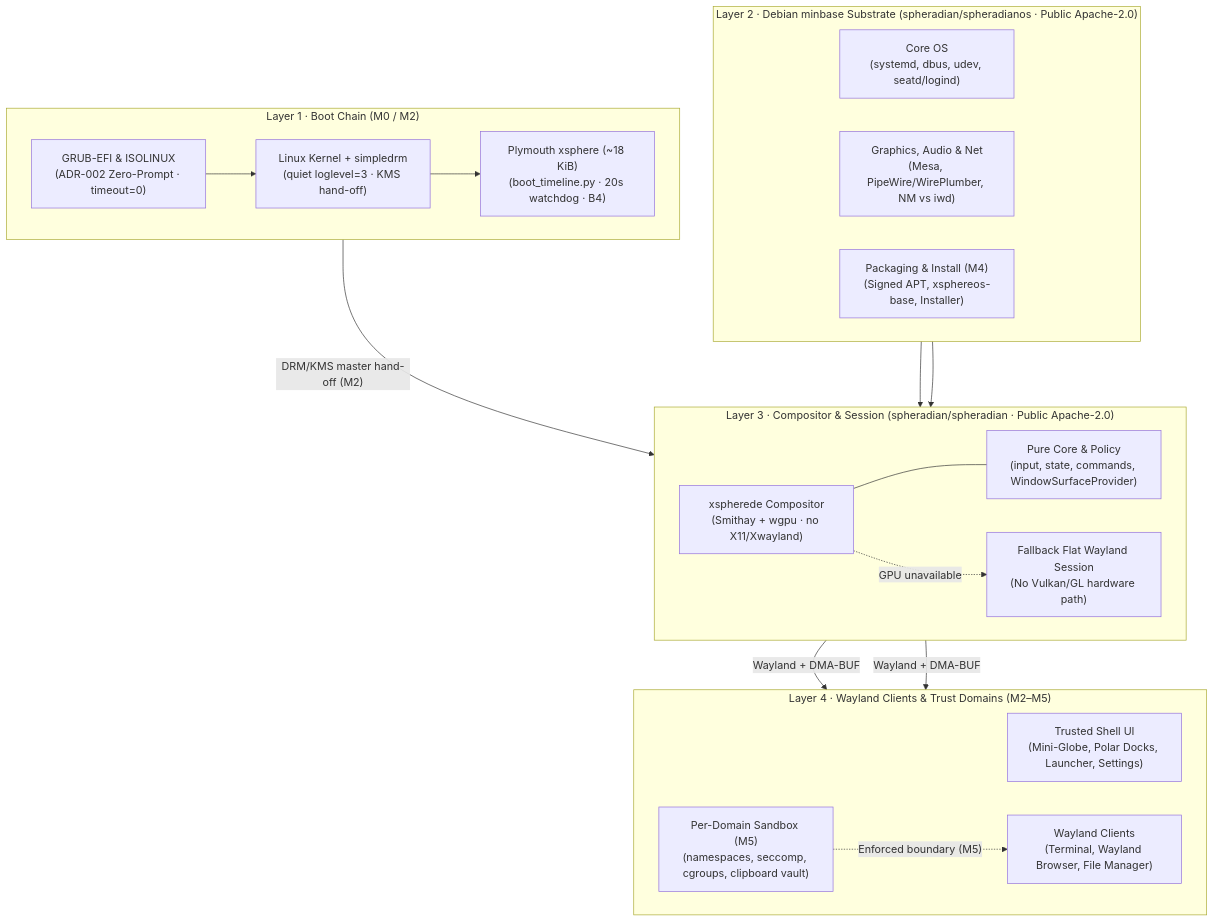
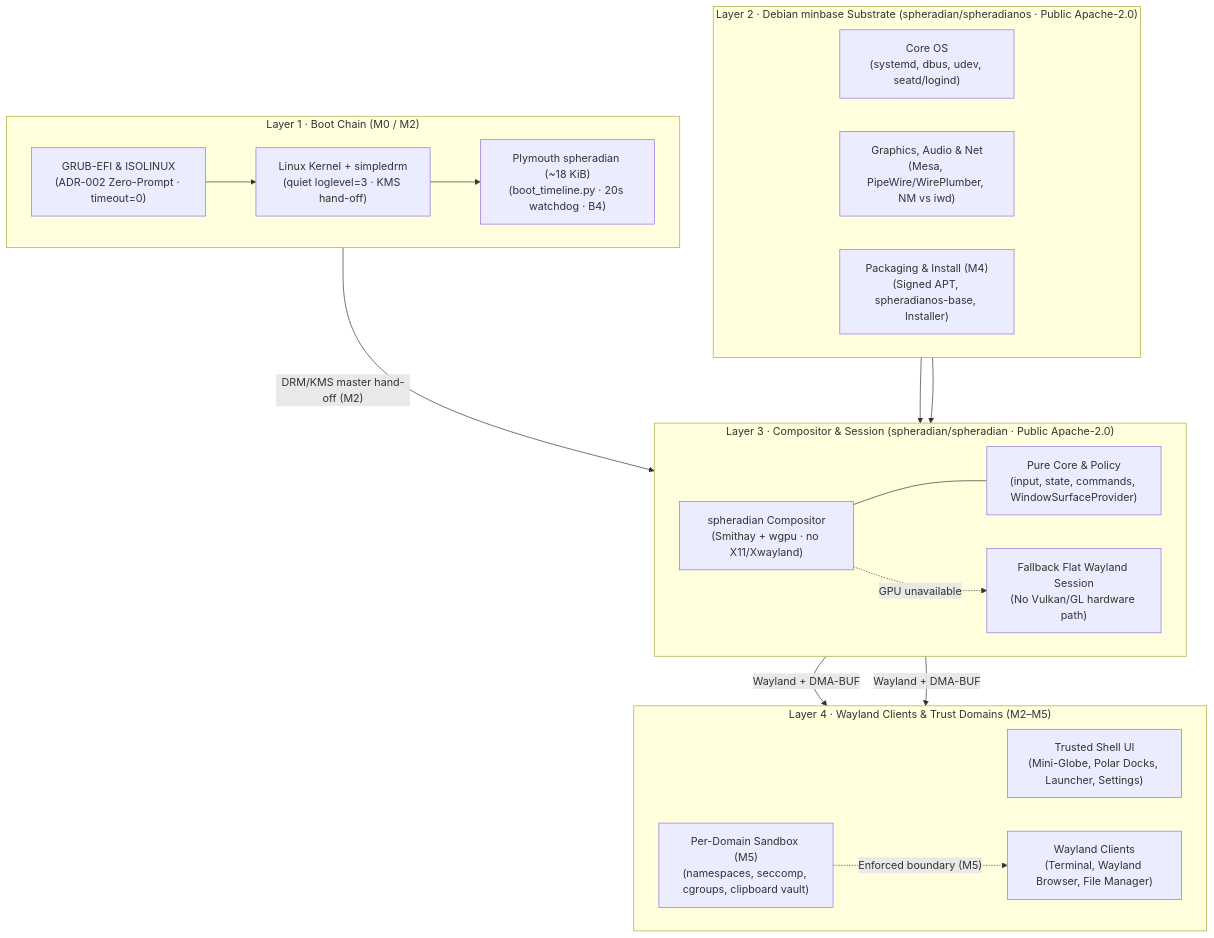
Before and after one commit to spheradian/spheradianos: the first of 3 diagrams in docs/ARCHITECTURE.md, drawn with Mermaid. The commit also changed other lines of this file and 111 other files, not shown here.

First line of the commit message:
chore: rename project from XSphere to Spheradian (#30)

````diff
--- a/docs/ARCHITECTURE.md
+++ b/docs/ARCHITECTURE.md
@@ -13,48 +13,48 @@
 ```mermaid
 flowchart TB
     subgraph L4["Layer 4 · Wayland Clients & Trust Domains (M2–M5)"]
         direction LR
         UI["Trusted Shell UI<br/>(Mini-Globe, Polar Docks, Launcher, Settings)"]
         APPS["Wayland Clients<br/>(Terminal, Wayland Browser, File Manager)"]
         SANDBOX["Per-Domain Sandbox (M5)<br/>(namespaces, seccomp, cgroups, clipboard vault)"]
     end
 
     subgraph L3["Layer 3 · Compositor & Session (spheradian/spheradian · Public Apache-2.0)"]
         direction LR
-        SMITHAY["xspherede Compositor<br/>(Smithay + wgpu · no X11/Xwayland)"]
+        SMITHAY["spheradian Compositor<br/>(Smithay + wgpu · no X11/Xwayland)"]
         CORE["Pure Core & Policy<br/>(input, state, commands, WindowSurfaceProvider)"]
         FALLBACK["Fallback Flat Wayland Session<br/>(No Vulkan/GL hardware path)"]
     end
 
     subgraph L2["Layer 2 · Debian minbase Substrate (spheradian/spheradianos · Public Apache-2.0)"]
         direction LR
         SYS["Core OS<br/>(systemd, dbus, udev, seatd/logind)"]
         MEDIA["Graphics, Audio & Net<br/>(Mesa, PipeWire/WirePlumber, NM vs iwd)"]
-        PKG["Packaging & Install (M4)<br/>(Signed APT, xsphereos-base, Installer)"]
+        PKG["Packaging & Install (M4)<br/>(Signed APT, spheradianos-base, Installer)"]
     end
 
     subgraph L1["Layer 1 · Boot Chain (M0 / M2)"]
         direction LR
         BOOT["GRUB-EFI & ISOLINUX<br/>(ADR-002 Zero-Prompt · timeout=0)"]
         KERN["Linux Kernel + simpledrm<br/>(quiet loglevel=3 · KMS hand-off)"]
-        PLY["Plymouth xsphere (~18 KiB)<br/>(boot_timeline.py · 20s watchdog · B4)"]
+        PLY["Plymouth spheradian (~18 KiB)<br/>(boot_timeline.py · 20s watchdog · B4)"]
     end
 
     BOOT --> KERN --> PLY
     PLY -->|"DRM/KMS master hand-off (M2)"| SMITHAY
     SYS --> SMITHAY
     MEDIA --> SMITHAY
     SMITHAY --- CORE
     SMITHAY -.->|"GPU unavailable"| FALLBACK
     SMITHAY -->|"Wayland + DMA-BUF"| UI
     SMITHAY -->|"Wayland + DMA-BUF"| APPS
     SANDBOX -.->|"Enforced boundary (M5)"| APPS
 
     click BOOT "https://github.com/spheradian/spheradianos/issues/14" "Issue #14: Zero-prompt bootloaders"
     click PLY "https://github.com/spheradian/spheradianos/issues/7" "Issue #7: Plymouth hand-off (B4)"
     click SMITHAY "https://github.com/spheradian/spheradianos/issues/9" "Issue #9: Smithay compositor session"
     click FALLBACK "https://github.com/spheradian/spheradianos/issues/5" "Issue #5: M1 prototype & fallback"
     click MEDIA "https://github.com/spheradian/spheradianos/issues/8" "Issue #8: Browser & network ADR"
     click PKG "https://github.com/spheradian/spheradianos/issues/12" "Issue #12: Signed APT & release"
     click SANDBOX "https://github.com/spheradian/spheradianos/issues/13" "Issue #13: Per-domain sandboxing"
 ```
````
